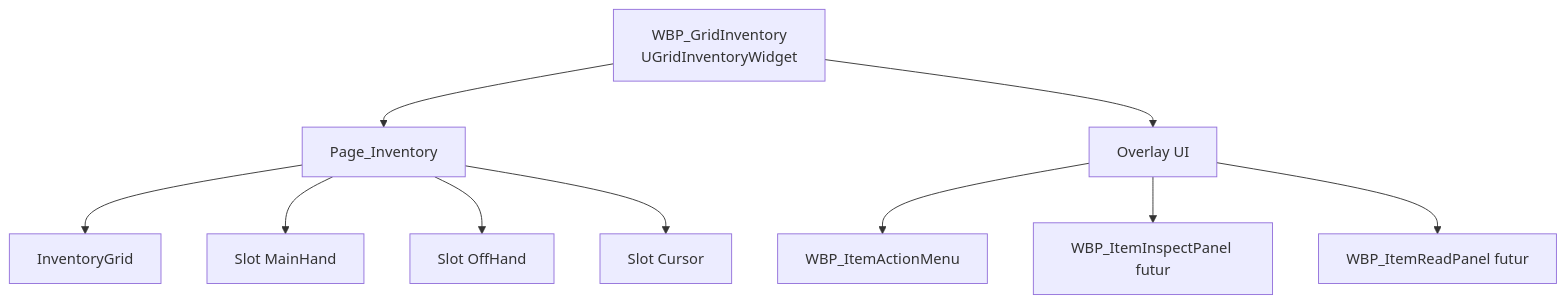
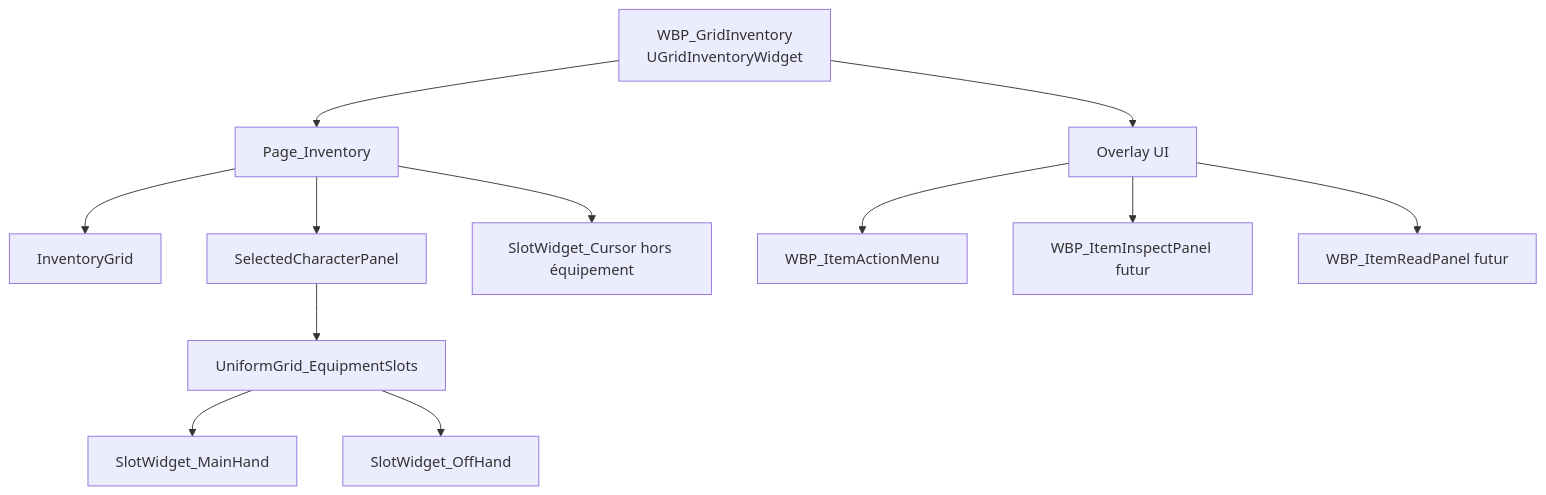
One commit to PhilippeMartin1964/GrimrockPrototype changed the first of 4 diagrams in docs/Design/INVENTORY_BLUEPRINT_CONSTRUCTION_GUIDE.md. Above: the diagram before and after it, drawn with Mermaid. The commit also changed other lines of this file and 4 other files, not shown here.

Commit message:
UI-INV2 Document character equipment panel structure

````diff
--- a/docs/Design/INVENTORY_BLUEPRINT_CONSTRUCTION_GUIDE.md
+++ b/docs/Design/INVENTORY_BLUEPRINT_CONSTRUCTION_GUIDE.md
@@ -43,12 +80,14 @@
 ```mermaid
 flowchart TD
     Root["WBP_GridInventory<br/>UGridInventoryWidget"] --> Page["Page_Inventory"]
     Page --> Grid["InventoryGrid"]
-    Page --> Main["Slot MainHand"]
-    Page --> Off["Slot OffHand"]
-    Page --> Cursor["Slot Cursor"]
+    Page --> Selected["SelectedCharacterPanel"]
+    Selected --> Equipment["UniformGrid_EquipmentSlots"]
+    Equipment --> Main["SlotWidget_MainHand"]
+    Equipment --> Off["SlotWidget_OffHand"]
+    Page --> Cursor["SlotWidget_Cursor hors équipement"]
     Root --> Overlay["Overlay UI"]
     Overlay --> Menu["WBP_ItemActionMenu"]
     Overlay --> Inspect["WBP_ItemInspectPanel futur"]
     Overlay --> Read["WBP_ItemReadPanel futur"]
 ```
````
